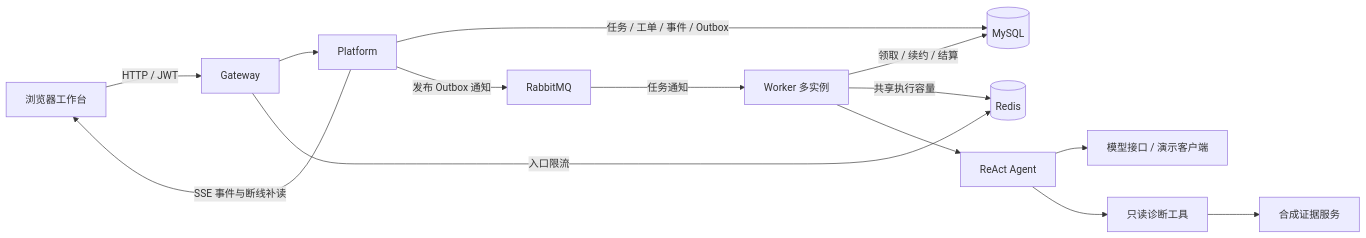
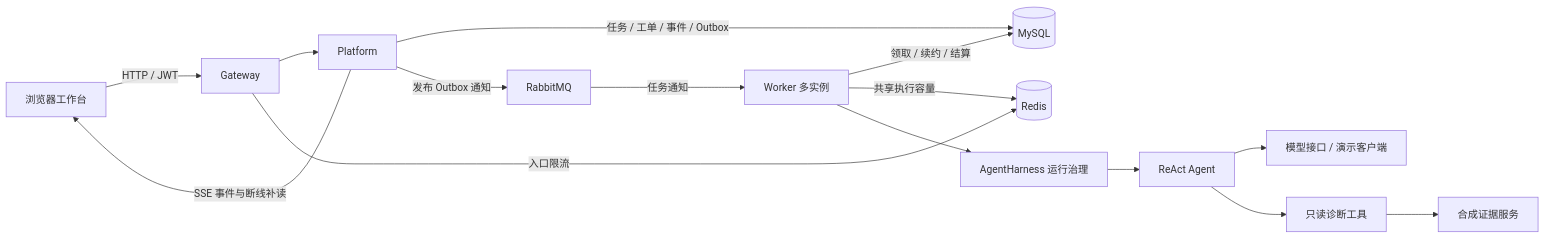
Before and after one commit to qiaooo1/java-agent: the diagram in README.md, drawn with Mermaid. The commit also changed other lines of this file and 21 other files, not shown here.

````diff
--- a/README.md
+++ b/README.md
@@ -26,16 +26,17 @@
 ```mermaid
 flowchart LR
     UI[浏览器工作台] -->|HTTP / JWT| GW[Gateway]
     GW --> API[Platform]
     API -->|任务 / 工单 / 事件 / Outbox| DB[(MySQL)]
     API -->|发布 Outbox 通知| MQ[RabbitMQ]
     MQ -->|任务通知| W[Worker 多实例]
     W -->|领取 / 续约 / 结算| DB
     GW -->|入口限流| R[(Redis)]
     W -->|共享执行容量| R
-    W --> AG[ReAct Agent]
+    W --> H[AgentHarness 运行治理]
+    H --> AG[ReAct Agent]
     AG --> LM[模型接口 / 演示客户端]
     AG --> T[只读诊断工具]
     T --> E[合成证据服务]
     API -->|SSE 事件与断线补读| UI
 ```
````
